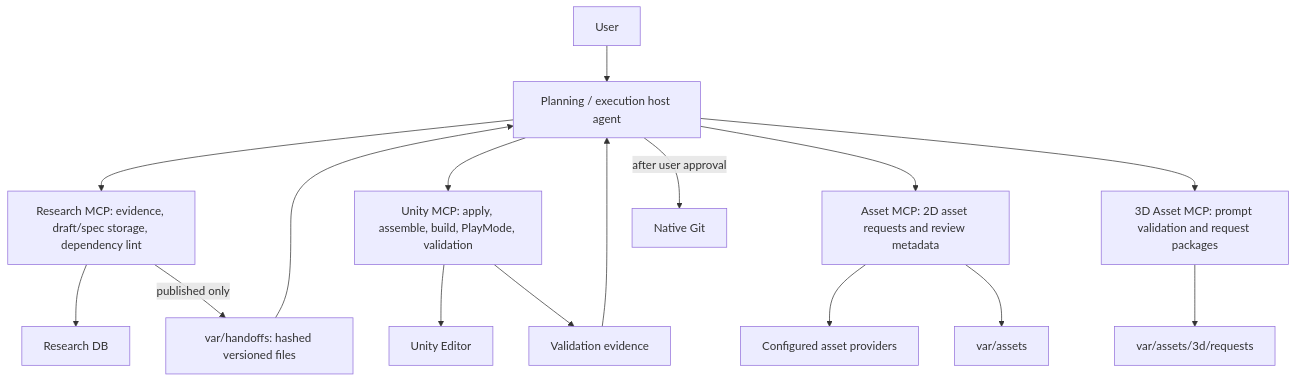
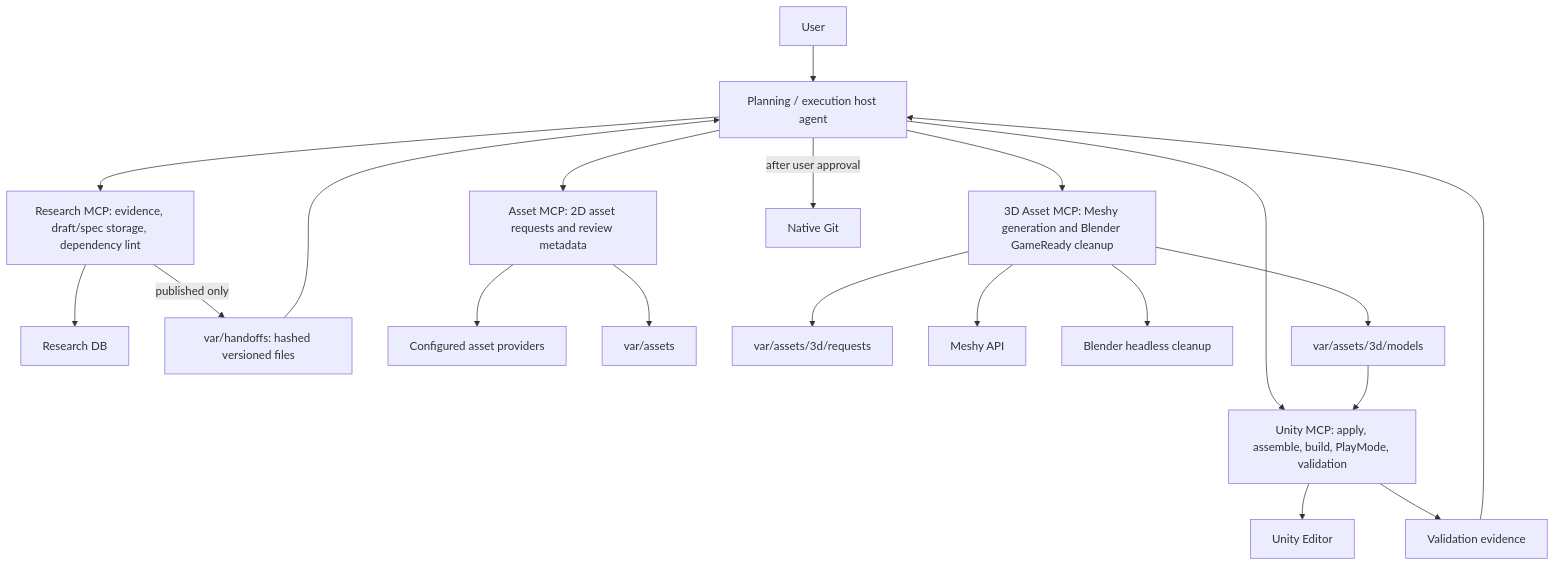
Before and after one commit to JugleGame/Game-Develop-Orchestration: the diagram in docs/architecture.md, drawn with Mermaid. The commit also changed other lines of this file and 16 other files, not shown here.

Commit message:
feat(asset3d): complete GameReady asset pipeline

````diff
--- a/docs/architecture.md
+++ b/docs/architecture.md
@@ -8,16 +8,19 @@
 ```mermaid
 flowchart TB
     U["User"] --> H["Planning / execution host agent"]
     H --> R["Research MCP: evidence, draft/spec storage, dependency lint"]
     H --> N["Unity MCP: apply, assemble, build, PlayMode, validation"]
     H --> A["Asset MCP: 2D asset requests and review metadata"]
-    H --> A3["3D Asset MCP: prompt validation and request packages"]
+    H --> A3["3D Asset MCP: Meshy generation and Blender GameReady cleanup"]
     R --> DB["Research DB"]
     R -->|"published only"| HO["var/handoffs: hashed versioned files"] --> H
     N --> UE["Unity Editor"]
     A --> PX["Configured asset providers"]
     A --> V["var/assets"]
     A3 --> R3["var/assets/3d/requests"]
+    A3 --> M3["Meshy API"]
+    A3 --> B3["Blender headless cleanup"]
+    A3 --> V3["var/assets/3d/models"] --> N
     N --> E["Validation evidence"] --> H
     H -->|"after user approval"| G["Native Git"]
 ```
````
